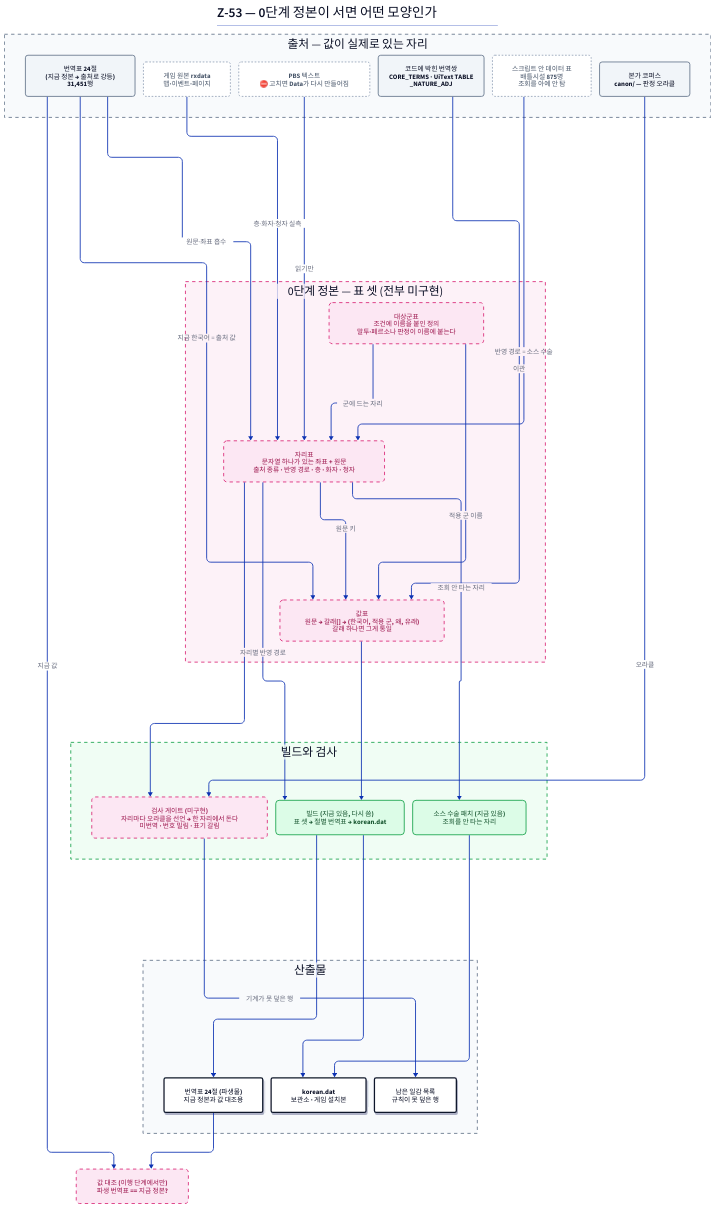
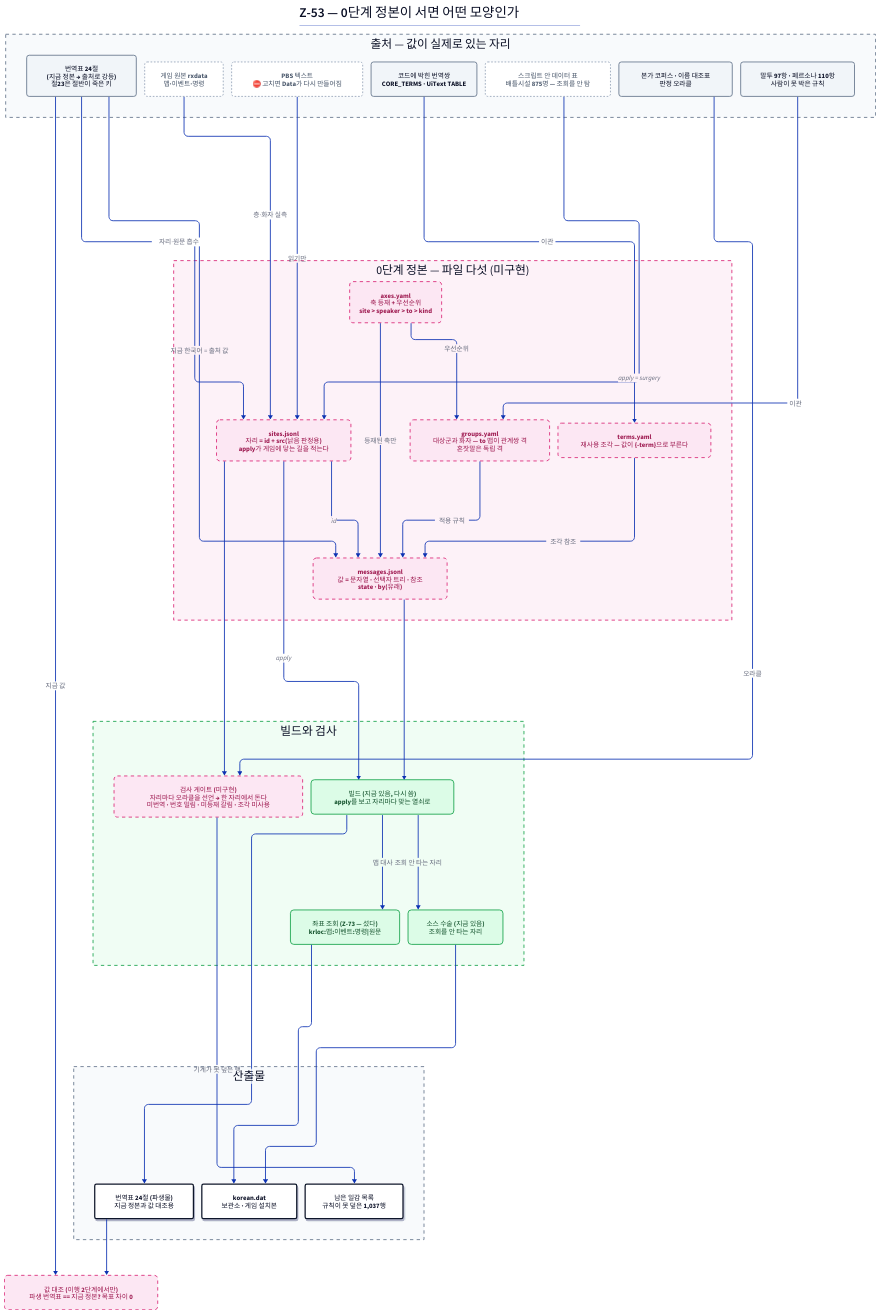
One commit to durumiii/pokemon-fangame-kr changed the diagram in pokemon-z/docs/tickets/Z-53-design.d2. Above: the diagram before and after it, drawn with D2. The commit also changed 3 other files, not shown here.

```diff
--- a/pokemon-z/docs/tickets/Z-53-design.d2
+++ b/pokemon-z/docs/tickets/Z-53-design.d2
@@ -1,91 +1,99 @@
-# Z-53 0단계 정본 — 전체 모양 (as-built + 설계)
+# Z-53 0단계 정본 — 전체 모양 (as-built + 설계, 2026-08-17 최종안)
 # render:  cd docs/tickets && d2 Z-53-design.d2 Z-53-design.svg
 
 vars: {
   d2-config: {
     theme-id: 0
     layout-engine: elk
   }
 }
 
 direction: down
 
 classes: {
   llm:    { style: { fill: "#FEF3C7"; stroke: "#D97706"; stroke-width: 2; border-radius: 8; font-color: "#78350F"; bold: true } }
   learn:  { style: { fill: "#DBEAFE"; stroke: "#2563EB"; stroke-width: 2; border-radius: 8; font-color: "#1E3A8A"; bold: true } }
   det:    { style: { fill: "#DCFCE7"; stroke: "#16A34A"; stroke-width: 2; border-radius: 8; font-color: "#14532D"; bold: true } }
   data:   { style: { fill: "#F1F5F9"; stroke: "#64748B"; border-radius: 6 } }
   open:   { style: { fill: "#FCE7F3"; stroke: "#DB2777"; stroke-width: 2; stroke-dash: 4; border-radius: 8; font-color: "#9D174E"; bold: true } }
   artifact: { style: { fill: "#FFFFFF"; stroke: "#0F172A"; stroke-width: 3; border-radius: 4; shadow: true; bold: true } }
   ext:    { style: { fill: "#FFFFFF"; stroke: "#94A3B8"; stroke-dash: 2; border-radius: 6; font-color: "#475569" } }
 }
 
 title: |md
   # Z-53 — 0단계 정본이 서면 어떤 모양인가
 | { near: top-center }
 
 src: "출처 — 값이 실제로 있는 자리" {
   style: { fill: "#F8FAFC"; stroke: "#64748B"; stroke-dash: 4 }
   direction: down
 
-  tbl: "번역표 24절\n(지금 정본 → 출처로 강등)\n31,451행" { class: data }
-  rx: "게임 원본 rxdata\n맵·이벤트·페이지" { class: ext }
+  tbl: "번역표 24절\n(지금 정본 → 출처로 강등)\n절23은 절반이 죽은 키" { class: data }
+  rx: "게임 원본 rxdata\n맵·이벤트·명령" { class: ext }
   pbs: "PBS 텍스트\n⛔ 고치면 Data가 다시 만들어짐" { class: ext }
-  hard: "코드에 박힌 번역쌍\nCORE_TERMS · UiText TABLE\n_NATURE_ADJ" { class: data }
-  tower: "스크립트 안 데이터 표\n배틀시설 875명\n조회를 아예 안 탐" { class: ext }
-  corpus: "본가 코퍼스\ncanon/ — 판정 오라클" { class: data }
+  hard: "코드에 박힌 번역쌍\nCORE_TERMS · UiText TABLE" { class: data }
+  tower: "스크립트 안 데이터 표\n배틀시설 875명 — 조회를 안 탐" { class: ext }
+  corpus: "본가 코퍼스 · 이름 대조표\n판정 오라클" { class: data }
+  ledger: "말투 97항 · 페르소나 110항\n사람이 못 박은 규칙" { class: data }
 }
 
-stage0: "0단계 정본 — 표 셋 (전부 미구현)" {
+stage0: "0단계 정본 — 파일 다섯 (미구현)" {
   style: { fill: "#FDF2F8"; stroke: "#DB2777"; stroke-dash: 4 }
   direction: down
 
-  sites: "자리표\n문자열 하나가 있는 좌표 + 원문\n출처 종류 · 반영 경로 · 층 · 화자 · 청자" { class: open }
-  values: "값표\n원문 → 갈래[] → (한국어, 적용 군, 왜, 유래)\n갈래 하나면 그게 통일" { class: open }
-  groups: "대상군표\n조건에 이름을 붙인 정의\n말투·페르소나 판정이 이름에 붙는다" { class: open }
+  sites: "sites.jsonl\n자리 = id + src(낡음 판정용)\napply가 게임에 닿는 길을 적는다" { class: open }
+  msgs: "messages.jsonl\n값 = 문자열 · 선택자 트리 · 참조\nstate · by(유래)" { class: open }
+  groups: "groups.yaml\n대상군과 화자 — to 맵이 관계쌍 격\n혼잣말은 독립 격" { class: open }
+  terms: "terms.yaml\n재사용 조각 — 값이 {-term}으로 부른다" { class: open }
+  axes: "axes.yaml\n축 등재 + 우선순위\nsite > speaker > to > kind" { class: open }
 
-  sites -> values: "원문 키"
-  groups -> values: "적용 군 이름"
-  groups -> sites: "군에 드는 자리"
+  sites -> msgs: "id"
+  groups -> msgs: "적용 규칙"
+  terms -> msgs: "조각 참조"
+  axes -> msgs: "등재된 축만"
+  axes -> groups: "우선순위"
 }
 
 build: "빌드와 검사" {
   style: { fill: "#F0FDF4"; stroke: "#16A34A"; stroke-dash: 4 }
   direction: down
 
-  gate: "검사 게이트 (미구현)\n자리마다 오라클을 선언 → 한 자리에서 돈다\n미번역 · 번호 밀림 · 표기 갈림" { class: open }
-  emit: "빌드 (지금 있음, 다시 씀)\n표 셋 → 절별 번역표 → korean.dat" { class: det }
-  surgery: "소스 수술 패치 (지금 있음)\n조회를 안 타는 자리" { class: det }
+  gate: "검사 게이트 (미구현)\n자리마다 오라클을 선언 → 한 자리에서 돈다\n미번역 · 번호 밀림 · 미등재 갈림 · 조각 미사용" { class: open }
+  emit: "빌드 (지금 있음, 다시 씀)\napply를 보고 자리마다 맞는 열쇠로" { class: det }
+  krloc: "좌표 조회 (Z-73 — 섰다)\nkrloc:맵:이벤트:명령|원문" { class: det }
+  surgery: "소스 수술 (지금 있음)\n조회를 안 타는 자리" { class: det }
 }
 
 out: "산출물" {
   style: { fill: "#F8FAFC"; stroke: "#64748B"; stroke-dash: 4 }
   direction: down
 
   tbl2: "번역표 24절 (파생물)\n지금 정본과 값 대조용" { class: artifact }
   dat: "korean.dat\n보관소 · 게임 설치본" { class: artifact }
-  todo: "남은 일감 목록\n규칙이 못 덮은 행" { class: artifact }
+  todo: "남은 일감 목록\n규칙이 못 덮은 1,037행" { class: artifact }
 }
 
-check: "값 대조 (이행 단계에서만)\n파생 번역표 == 지금 정본?" { class: open }
+check: "값 대조 (이행 2단계에서만)\n파생 번역표 == 지금 정본?  목표 차이 0" { class: open }
 
-src.tbl -> stage0.sites: "원문·좌표 흡수"
-src.tbl -> stage0.values: "지금 한국어 = 출처 값"
-src.rx -> stage0.sites: "층·화자·청자 실측"
+src.tbl -> stage0.sites: "자리·원문 흡수"
+src.tbl -> stage0.msgs: "지금 한국어 = 출처 값"
+src.rx -> stage0.sites: "층·화자 실측"
 src.pbs -> stage0.sites: "읽기만"
-src.hard -> stage0.values: "이관"
-src.tower -> stage0.sites: "반영 경로 = 소스 수술"
+src.hard -> stage0.terms: "이관"
+src.tower -> stage0.sites: "apply = surgery"
+src.ledger -> stage0.groups: "이관"
 src.corpus -> build.gate: "오라클"
 
 stage0.sites -> build.gate
-stage0.values -> build.emit
-stage0.sites -> build.emit: "자리별 반영 경로"
-stage0.sites -> build.surgery: "조회 안 타는 자리"
+stage0.msgs -> build.emit
+stage0.sites -> build.emit: "apply"
+build.emit -> build.krloc: "맵 대사"
+build.emit -> build.surgery: "조회 안 타는 자리"
 
 build.gate -> out.todo: "기계가 못 덮은 행"
 build.emit -> out.tbl2
-build.emit -> out.dat
+build.krloc -> out.dat
 build.surgery -> out.dat
 
 out.tbl2 -> check
 src.tbl -> check: "지금 값"
```
